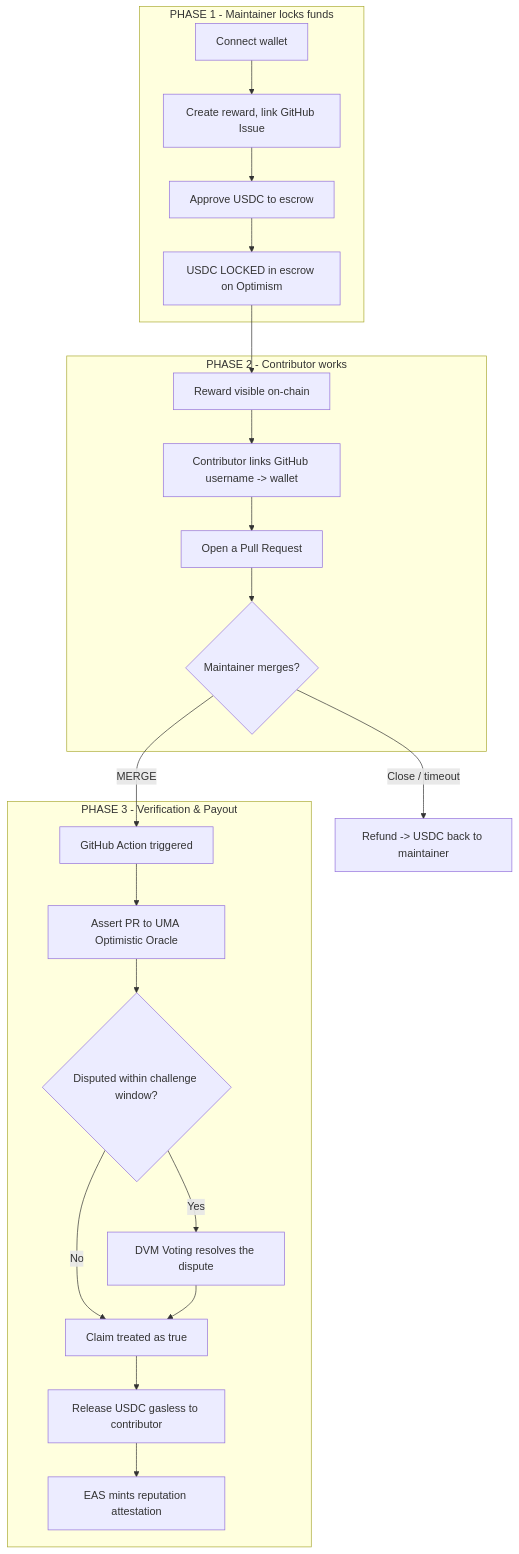
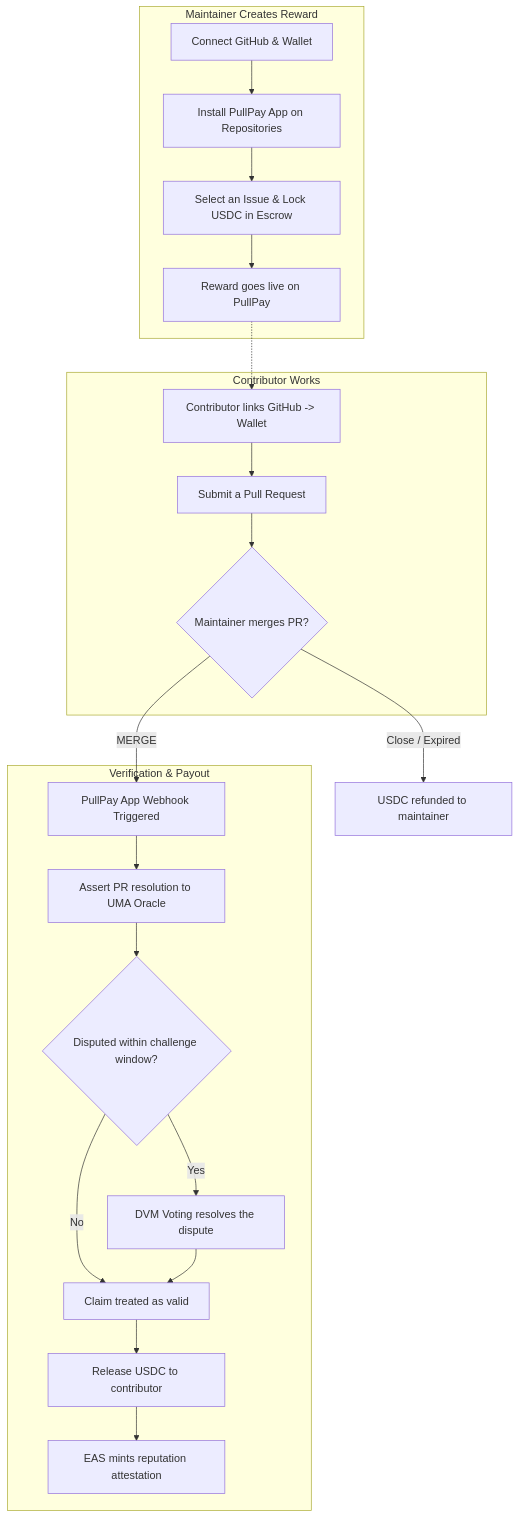
Before and after one commit to irham3/pullpay: the first of 2 diagrams in README.md, drawn with Mermaid. The commit also changed other lines of this file, not shown here.

Commit message:
Update README.md to reflect new GitHub App integration and focus on product features

````diff
--- a/README.md
+++ b/README.md
@@ -31,25 +31,28 @@
 ```mermaid
 flowchart TD
-    subgraph S1[PHASE 1 - Maintainer locks funds]
-        A[Connect wallet] --> B[Create reward, link GitHub Issue]
-        B --> C[Approve USDC to escrow]
-        C --> D[USDC LOCKED in escrow on Optimism]
+    subgraph S1[Maintainer Creates Reward]
+        A[Connect GitHub & Wallet] --> B[Install PullPay App on Repositories]
+        B --> C[Select an Issue & Lock USDC in Escrow]
+        C --> D[Reward goes live on PullPay]
     end
-    D --> F[Reward visible on-chain]
-    subgraph S2[PHASE 2 - Contributor works]
-        F --> G[Contributor links GitHub username -> wallet]
-        G --> H[Open a Pull Request]
-        H --> I{Maintainer merges?}
+    
+    subgraph S2[Contributor Works]
+        F[Contributor links GitHub -> Wallet]
+        F --> G[Submit a Pull Request]
+        G --> H{Maintainer merges PR?}
     end
-    I -->|Close / timeout| R[Refund -> USDC back to maintainer]
-    I -->|MERGE| J[GitHub Action triggered]
-    subgraph S3[PHASE 3 - Verification & Payout]
-        J --> K[Assert PR to UMA Optimistic Oracle]
+    
+    D -.-> F
+    H -->|Close / Expired| R[USDC refunded to maintainer]
+    H -->|MERGE| J[PullPay App Webhook Triggered]
+    
+    subgraph S3[Verification & Payout]
+        J --> K[Assert PR resolution to UMA Oracle]
         K --> L{Disputed within challenge window?}
         L -->|Yes| V[DVM Voting resolves the dispute]
-        L -->|No| M[Claim treated as true]
+        L -->|No| M[Claim treated as valid]
         V --> M
-        M --> N[Release USDC gasless to contributor]
+        M --> N[Release USDC to contributor]
         N --> O[EAS mints reputation attestation]
     end
 ```
````
